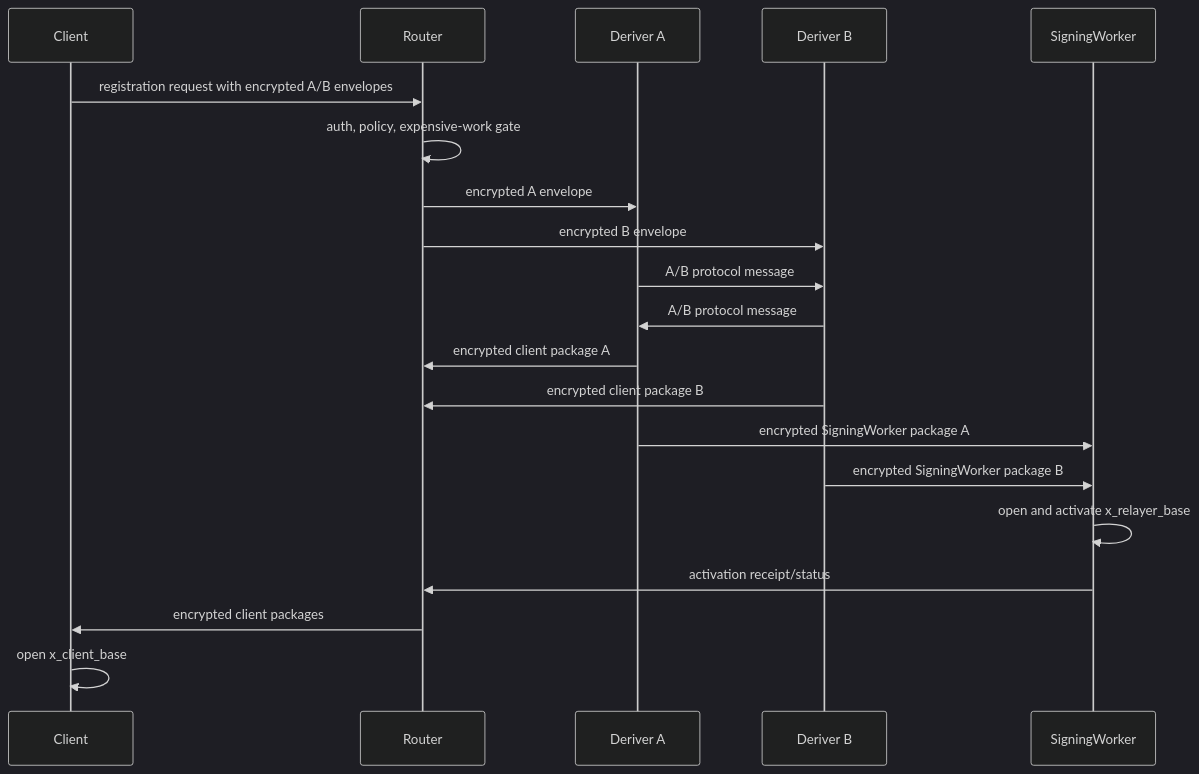
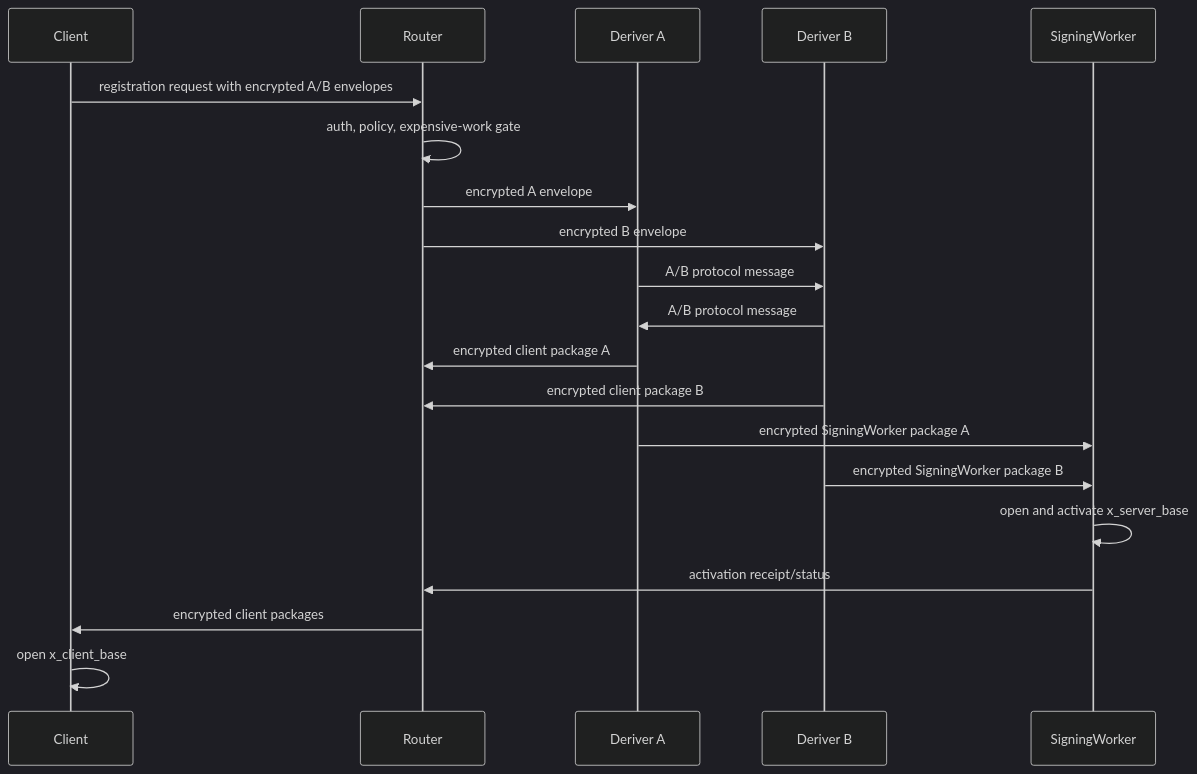
One commit to seams-tech/seams-sdk changed the first of 3 diagrams in docs/router-A-B-signer-SPEC.md. Above: the diagram before and after it, drawn with Mermaid (dark theme). The commit also changed other lines of this file and 26 other files, not shown here.

````diff
--- a/docs/router-A-B-signer-SPEC.md
+++ b/docs/router-A-B-signer-SPEC.md
@@ -1302,23 +1302,23 @@
 ```mermaid
 sequenceDiagram
   participant C as Client
   participant R as Router
   participant A as Deriver A
   participant B as Deriver B
   participant SW as SigningWorker
 
   C->>R: registration request with encrypted A/B envelopes
   R->>R: auth, policy, expensive-work gate
   R->>A: encrypted A envelope
   R->>B: encrypted B envelope
   A->>B: A/B protocol message
   B->>A: A/B protocol message
   A->>R: encrypted client package A
   B->>R: encrypted client package B
   A->>SW: encrypted SigningWorker package A
   B->>SW: encrypted SigningWorker package B
-  SW->>SW: open and activate x_relayer_base
+  SW->>SW: open and activate x_server_base
   SW->>R: activation receipt/status
   R->>C: encrypted client packages
   C->>C: open x_client_base
 ```
````
